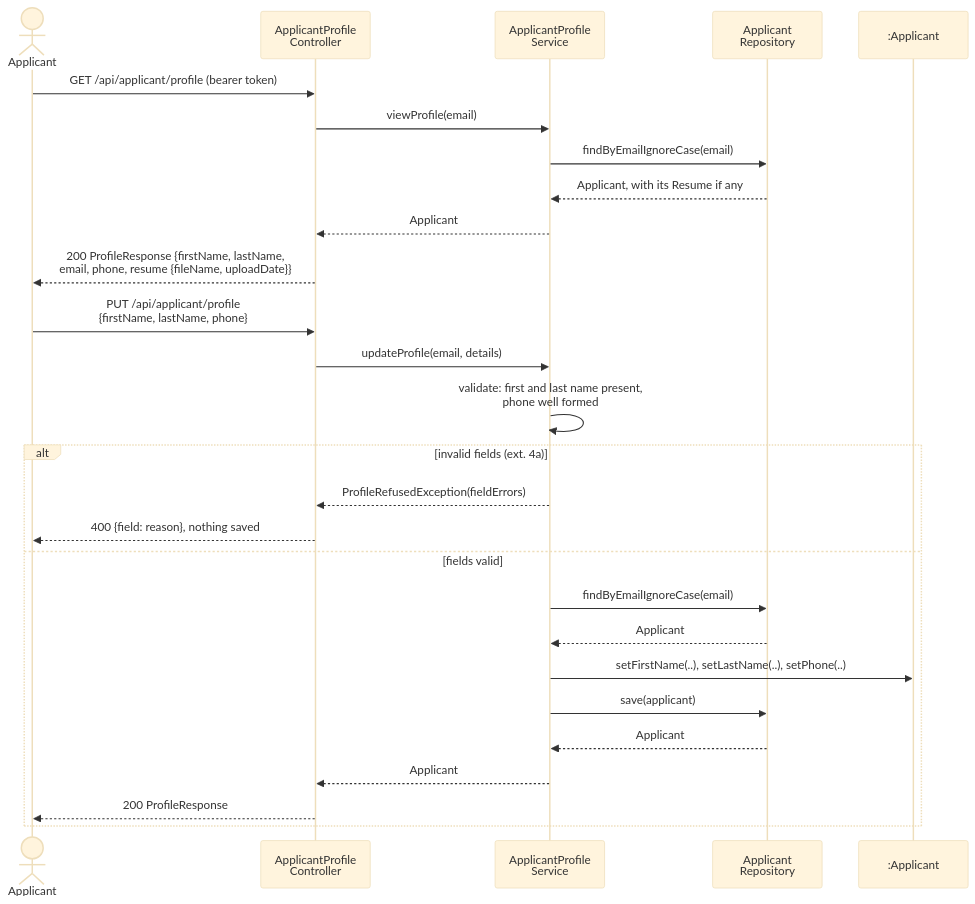
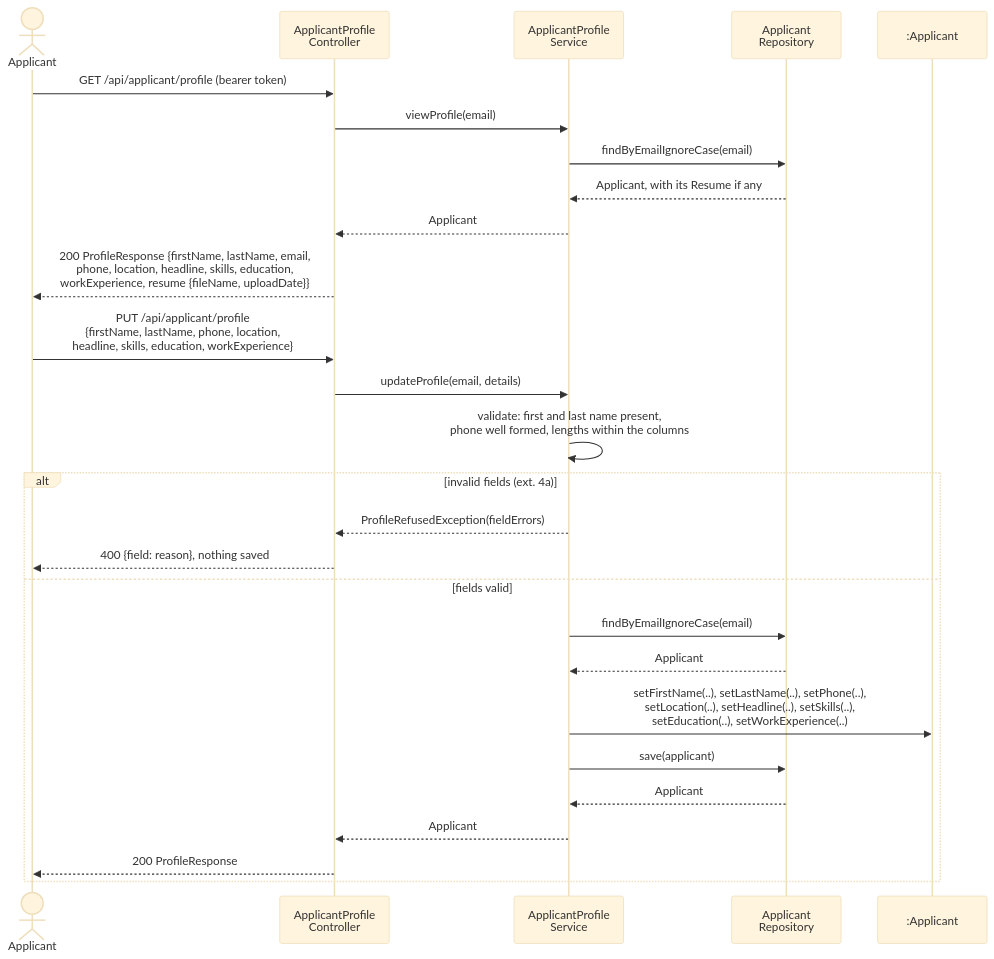
The third of 4 diagrams in spec/design.md (berdyshevol/careerbridge-csi5324), drawn with Mermaid (base theme) before and after one commit. The commit also changed other lines of this file and 21 other files, not shown here.

````diff
--- a/spec/design.md
+++ b/spec/design.md
@@ -128,31 +130,31 @@
 ```mermaid
 sequenceDiagram
     actor AP as Applicant
     participant PC as ApplicantProfile<br/>Controller
     participant PS as ApplicantProfile<br/>Service
     participant AR as Applicant<br/>Repository
     participant A as :Applicant
 
     AP->>PC: GET /api/applicant/profile (bearer token)
     PC->>PS: viewProfile(email)
     PS->>AR: findByEmailIgnoreCase(email)
     AR-->>PS: Applicant, with its Resume if any
     PS-->>PC: Applicant
-    PC-->>AP: 200 ProfileResponse {firstName, lastName,<br/>email, phone, resume {fileName, uploadDate}}
+    PC-->>AP: 200 ProfileResponse {firstName, lastName, email,<br/>phone, location, headline, skills, education,<br/>workExperience, resume {fileName, uploadDate}}
 
-    AP->>PC: PUT /api/applicant/profile<br/>{firstName, lastName, phone}
+    AP->>PC: PUT /api/applicant/profile<br/>{firstName, lastName, phone, location,<br/>headline, skills, education, workExperience}
     PC->>PS: updateProfile(email, details)
-    PS->>PS: validate: first and last name present,<br/>phone well formed
+    PS->>PS: validate: first and last name present,<br/>phone well formed, lengths within the columns
     alt invalid fields (ext. 4a)
         PS-->>PC: ProfileRefusedException(fieldErrors)
         PC-->>AP: 400 {field: reason}, nothing saved
     else fields valid
         PS->>AR: findByEmailIgnoreCase(email)
         AR-->>PS: Applicant
-        PS->>A: setFirstName(..), setLastName(..), setPhone(..)
+        PS->>A: setFirstName(..), setLastName(..), setPhone(..),<br/>setLocation(..), setHeadline(..), setSkills(..),<br/>setEducation(..), setWorkExperience(..)
         PS->>AR: save(applicant)
         AR-->>PS: Applicant
         PS-->>PC: Applicant
         PC-->>AP: 200 ProfileResponse
     end
 ```
````
